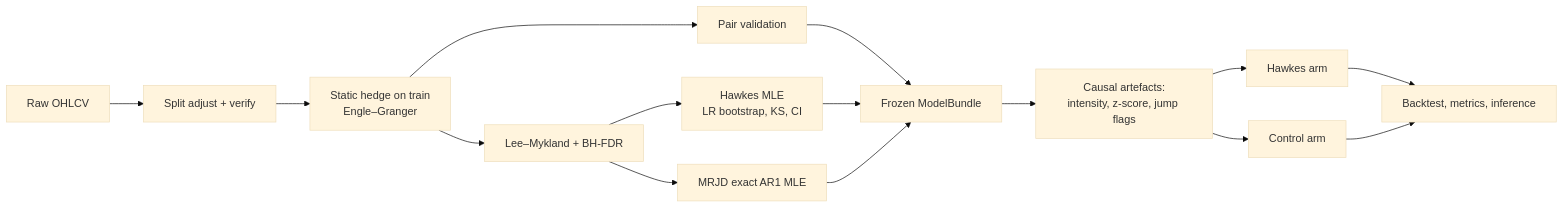
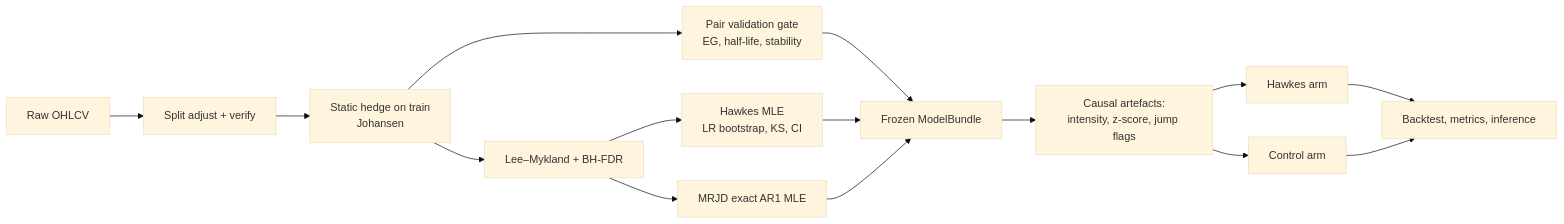
The diagram in README.md (RayyanWaseem1/MRJD-and-Hawkes-for-Pairs-Trading), drawn with Mermaid (base theme) before and after one commit. The commit also changed other lines of this file, not shown here.

````diff
--- a/README.md
+++ b/README.md
@@ -291,14 +293,14 @@
 ```mermaid
 flowchart LR
     A["Raw OHLCV"] --> B["Split adjust + verify"]
-    B --> C["Static hedge on train<br/>Engle–Granger"]
-    C --> D["Pair validation"]
+    B --> C["Static hedge on train<br/>Johansen"]
+    C --> D["Pair validation gate<br/>EG, half-life, stability"]
     C --> E["Lee–Mykland + BH-FDR"]
     E --> F["Hawkes MLE<br/>LR bootstrap, KS, CI"]
     E --> G["MRJD exact AR1 MLE"]
     D & F & G --> H["Frozen ModelBundle"]
     H --> I["Causal artefacts:<br/>intensity, z-score, jump flags"]
     I --> J["Hawkes arm"]
     I --> K["Control arm"]
     J & K --> L["Backtest, metrics, inference"]
 ```
````
